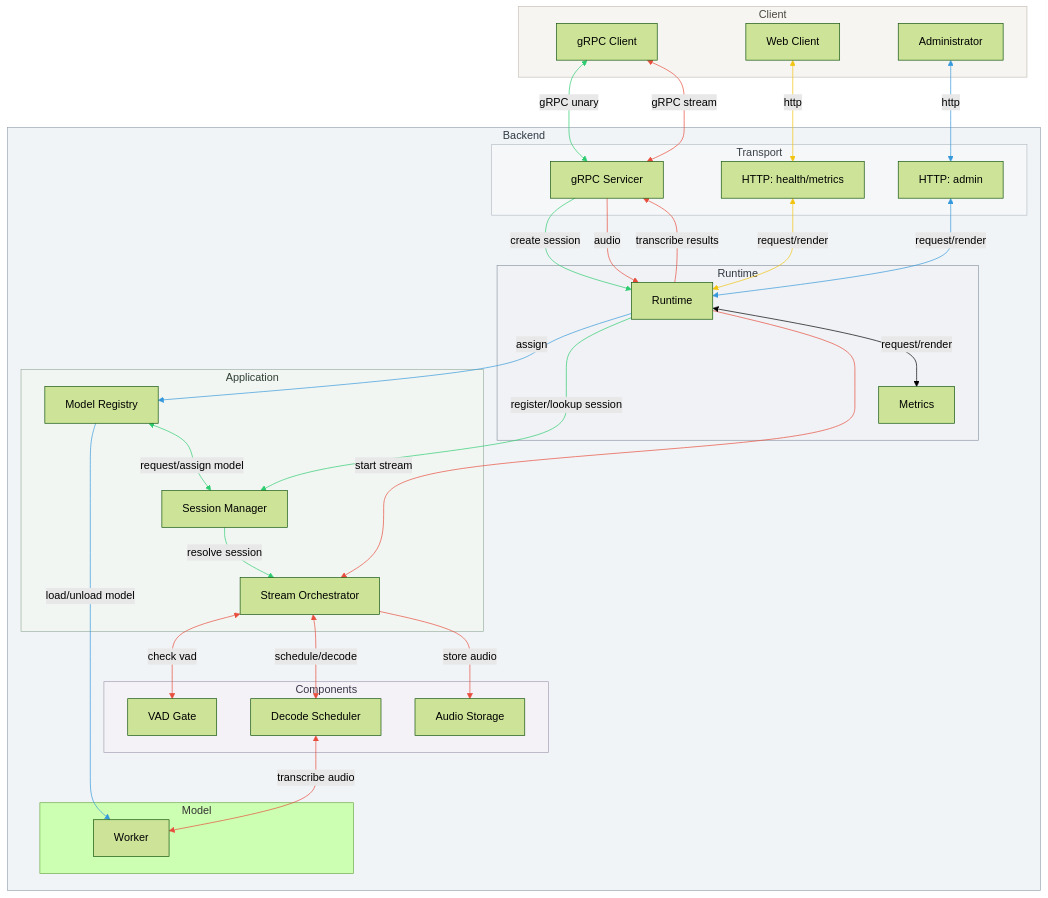
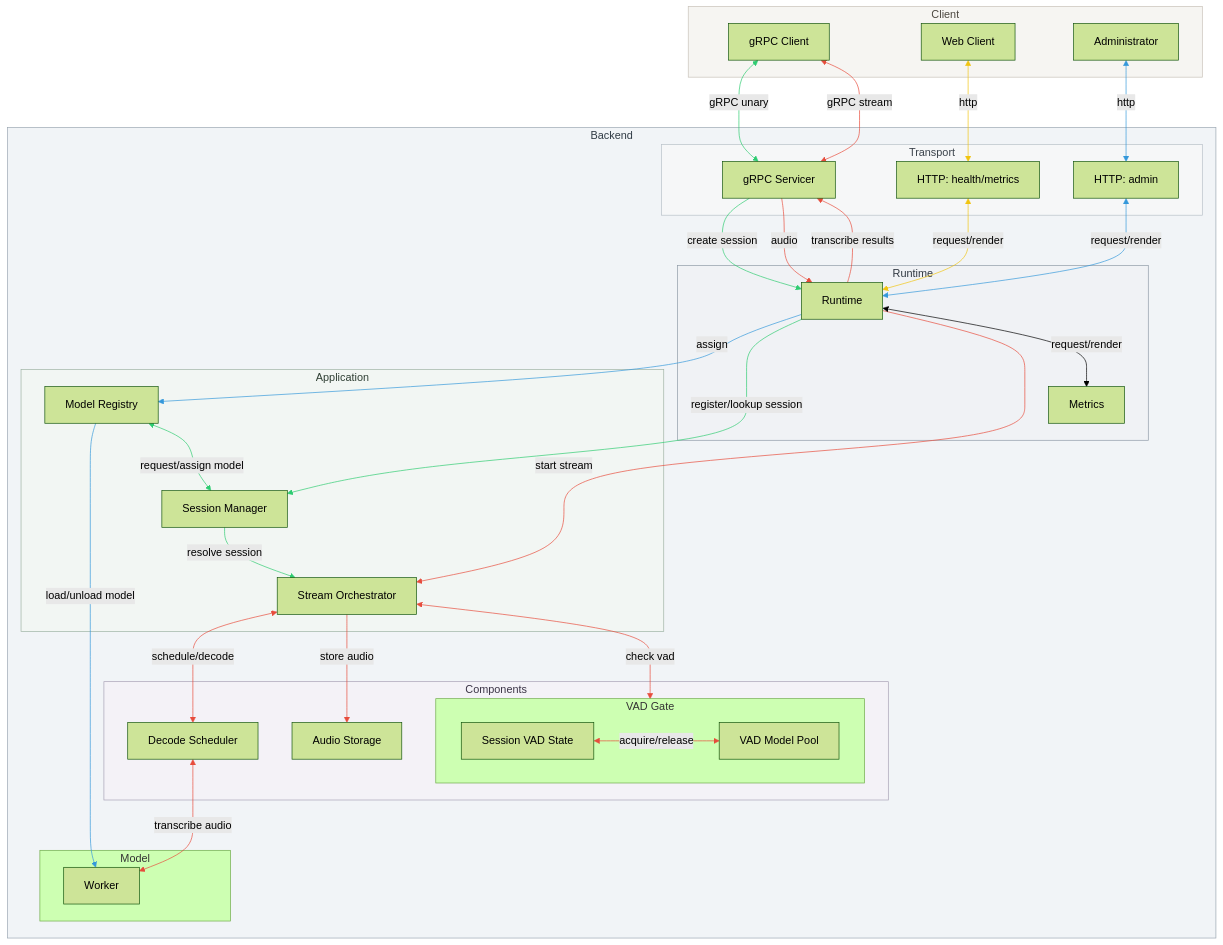
Before and after one commit to brightleeh/whisper-streaming-stt-server: the first of 2 diagrams in README.md, drawn with Mermaid (forest theme).

Commit message:
docs: update VAD pool overview diagram

````diff
--- a/README.md
+++ b/README.md
@@ -11,74 +11,78 @@
 ```mermaid
 flowchart TD
   subgraph Client[Client]
     GrpcClient[gRPC Client]
     WebClient[Web Client]
     Administrator[Administrator]
   end
 
   subgraph Backend[Backend]
     subgraph Transport[Transport]
       Servicer[gRPC Servicer]
       HttpClient[HTTP: health/metrics]
       HttpAdmin[HTTP: admin]
     end
 
 		subgraph RuntimeWrap[Runtime]
 	    Runtime[Runtime]
       Metrics[Metrics]
 	  end
 
     subgraph Application[Application]
       SessionManager[Session Manager]
       ModelRegistry[Model Registry]
       Orchestrator[Stream Orchestrator]
     end
 
     subgraph Components[Components]
-      VAD[VAD Gate]
+      subgraph VADGate[VAD Gate]
+        VADPool[VAD Model Pool]
+        VADState[Session VAD State]
+      end
       Decode[Decode Scheduler]
       Store[Audio Storage]
     end
 
     subgraph Model[Model]
 	    Worker[Worker]
 	  end
   end
 
 Administrator <-->|http| HttpAdmin
 HttpAdmin <-->|request/render| Runtime
 Runtime -->|assign| ModelRegistry
 ModelRegistry -->|load/unload model| Worker
 
 WebClient <-->|http| HttpClient
 HttpClient <-->|request/render| Runtime
 
 GrpcClient <-->|gRPC unary| Servicer
 Servicer -->|create session| Runtime
 Runtime -->|register/lookup session| SessionManager
 SessionManager -->|resolve session| Orchestrator
 ModelRegistry <-->|request/assign model| SessionManager
 
 GrpcClient <-->|gRPC stream| Servicer
 Servicer -->|audio| Runtime
 Runtime -->|transcribe results| Servicer
 Runtime -->|start stream| Orchestrator
-Orchestrator <-->|check vad| VAD
+Orchestrator <-->|check vad| VADGate
+VADState <-->|acquire/release| VADPool
 Orchestrator <-->|schedule/decode| Decode
 Orchestrator -->|store audio| Store
 Decode <-->|transcribe audio| Worker
 
 Runtime <-->|request/render| Metrics
 
 style Client fill:#f6f5f2,stroke:#c8c1b8,stroke-width:1px,color:#4b473f
 style Backend fill:#f1f4f7,stroke:#9aa6b2,stroke-width:1px,color:#2f3a44
 style Application fill:#f2f6f3,stroke:#9db2a3,stroke-width:1px,color:#2f3f34
 style Components fill:#f4f2f7,stroke:#a7a0b5,stroke-width:1px,color:#3b3446
 style Transport fill:#f6f7f8,stroke:#b8c0c8,stroke-width:1px,color:#3a424a
 style RuntimeWrap fill:#f0f2f5,stroke:#8f9aa6,stroke-width:1px,color:#2f3740
 
 linkStyle 0,1,2,3 stroke:#3498db,stroke-width:1px;
 linkStyle 4,5 stroke:#f1c40f,stroke-width:1px;
 linkStyle 6,7,8,9,10 stroke:#2ecc71,stroke-width:1px;
-linkStyle 11,12,13,14,15,16,17,18 stroke:#e74c3c,stroke-width:1px;
+linkStyle 11,12,13,14,15,16,17,18,19 stroke:#e74c3c,stroke-width:1px;
 ```
````
